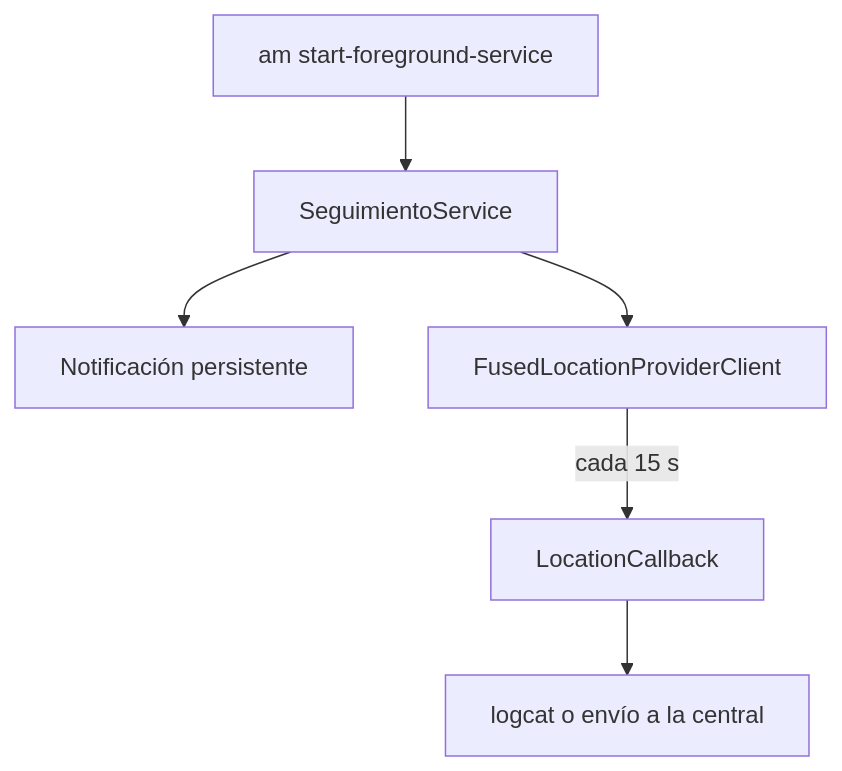
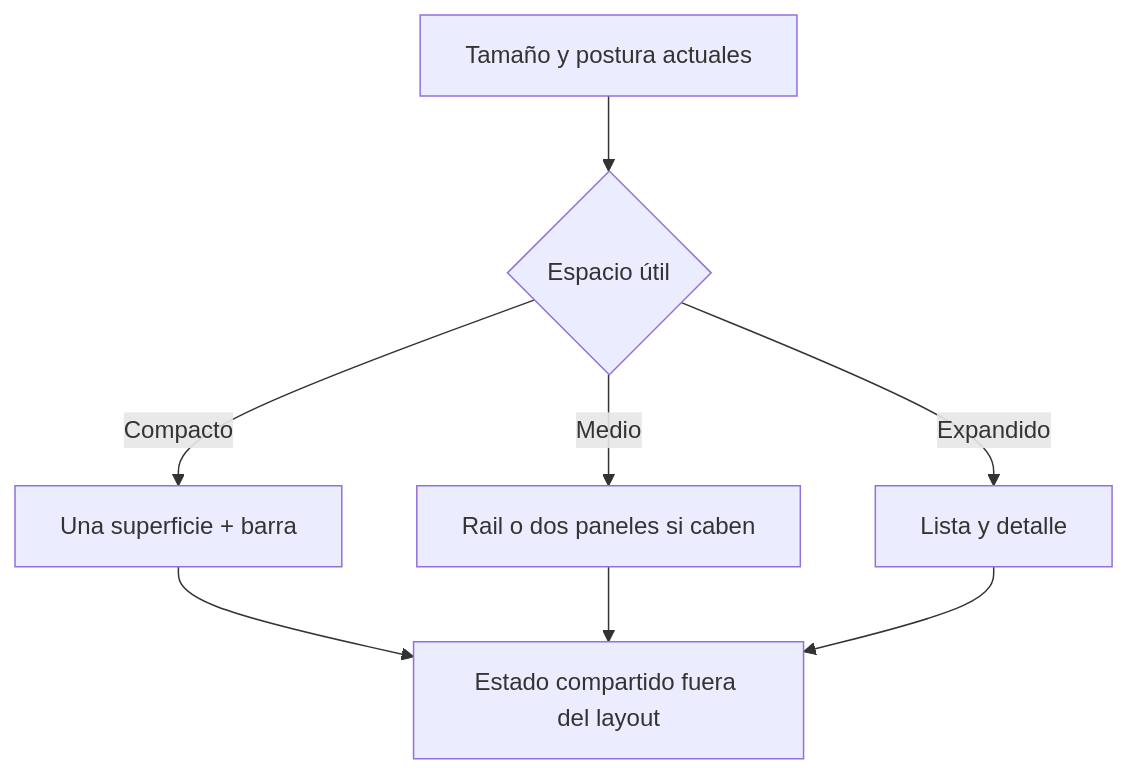
One commit to NICORUIZ93/The_Imperial_Book changed the fourth of 9 diagrams in web/public/content/android/modulo-15.md. Above: the diagram before and after it, drawn with Mermaid. The commit also changed other lines of this file and 305 other files, not shown here.

````diff
--- a/web/public/content/android/modulo-15.md
+++ b/web/public/content/android/modulo-15.md
@@ -270,8 +278,10 @@
 ```mermaid
 flowchart TD
-    A[am start-foreground-service] --> S[SeguimientoService]
-    S --> N[Notificación persistente]
-    S --> F[FusedLocationProviderClient]
-    F -- cada 15 s --> C[LocationCallback]
-    C --> L[logcat o envío a la central]
+    W[Tamaño y postura actuales] --> C{Espacio útil}
+    C -->|Compacto| O[Una superficie + barra]
+    C -->|Medio| M[Rail o dos paneles si caben]
+    C -->|Expandido| E[Lista y detalle]
+    O --> S[Estado compartido fuera del layout]
+    M --> S
+    E --> S
 ```
````
